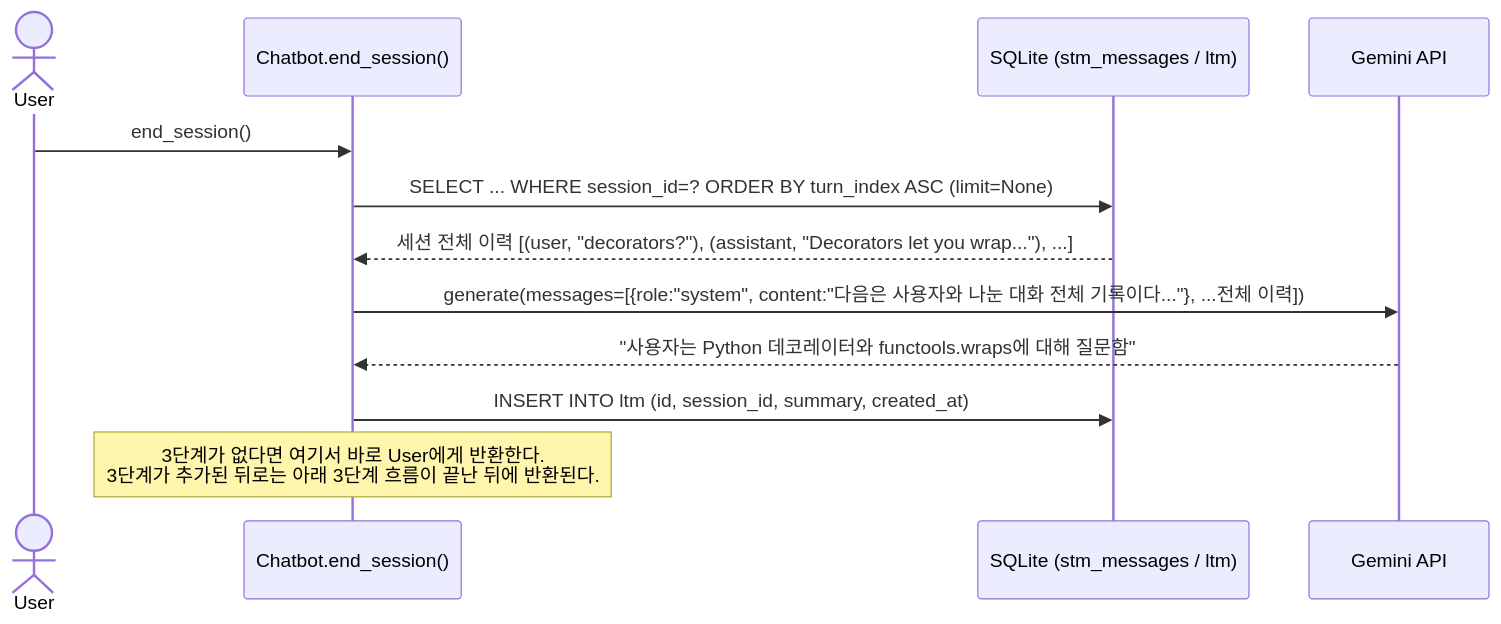
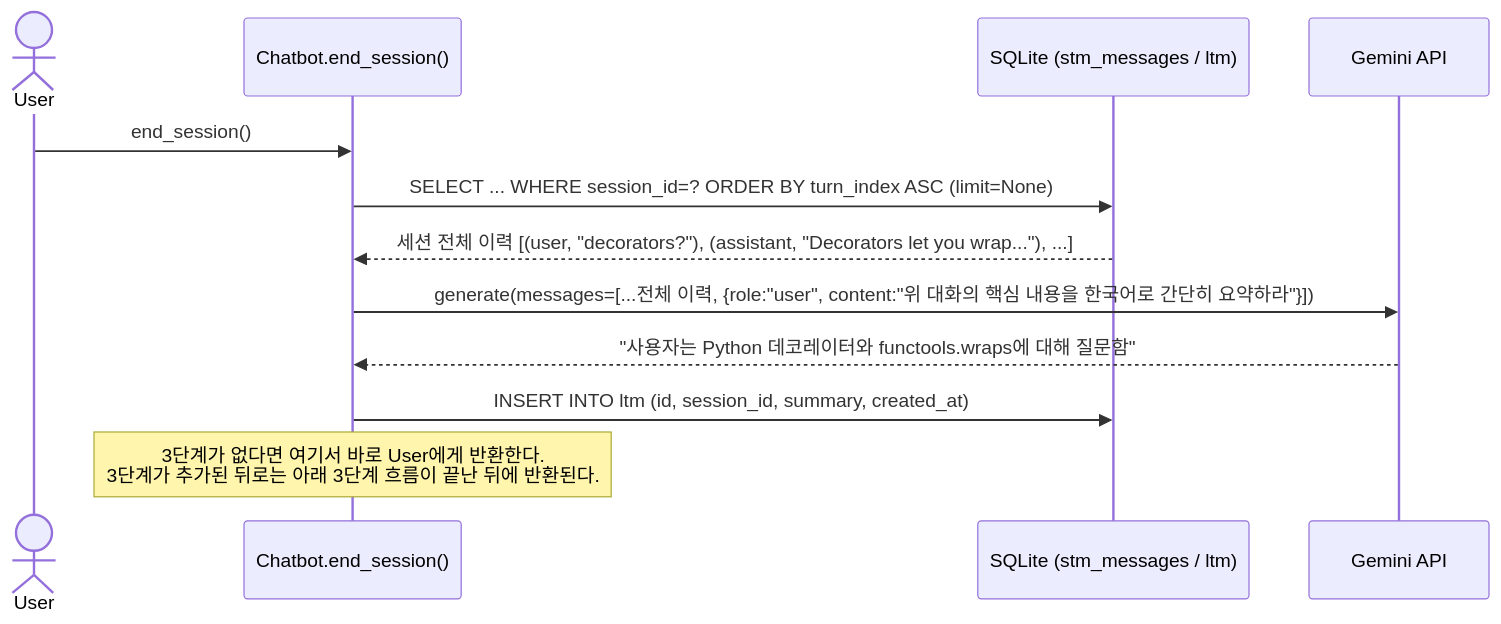
The second of 3 diagrams in lossy_clone/ARCHITECTURE.md (Kanmanemone/memory-augmented-learning-chatbot), drawn with Mermaid before and after one commit. The commit also changed other lines of this file and 5 other files, not shown here.

````diff
--- a/lossy_clone/ARCHITECTURE.md
+++ b/lossy_clone/ARCHITECTURE.md
@@ -33,15 +33,15 @@
 ```mermaid
 sequenceDiagram
     actor User
     participant Bot as Chatbot.end_session()
     participant DB as SQLite (stm_messages / ltm)
     participant Gemini as Gemini API
 
     User->>Bot: end_session()
     Bot->>DB: SELECT ... WHERE session_id=? ORDER BY turn_index ASC (limit=None)
     DB-->>Bot: 세션 전체 이력 [(user, "decorators?"), (assistant, "Decorators let you wrap..."), ...]
-    Bot->>Gemini: generate(messages=[{role:"system", content:"다음은 사용자와 나눈 대화 전체 기록이다..."}, ...전체 이력])
+    Bot->>Gemini: generate(messages=[...전체 이력, {role:"user", content:"위 대화의 핵심 내용을 한국어로 간단히 요약하라"}])
     Gemini-->>Bot: "사용자는 Python 데코레이터와 functools.wraps에 대해 질문함"
     Bot->>DB: INSERT INTO ltm (id, session_id, summary, created_at)
     Note over Bot: 3단계가 없다면 여기서 바로 User에게 반환한다.<br/>3단계가 추가된 뒤로는 아래 3단계 흐름이 끝난 뒤에 반환된다.
 ```
````
